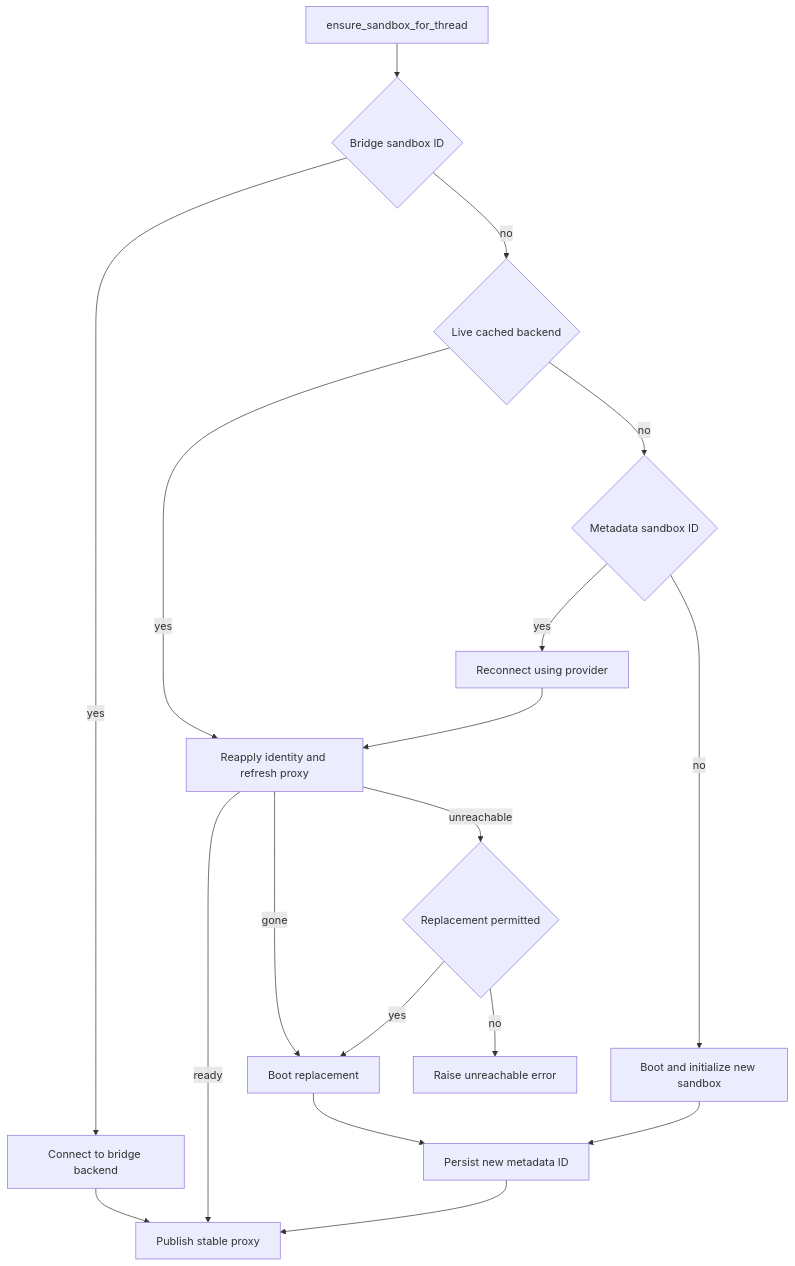
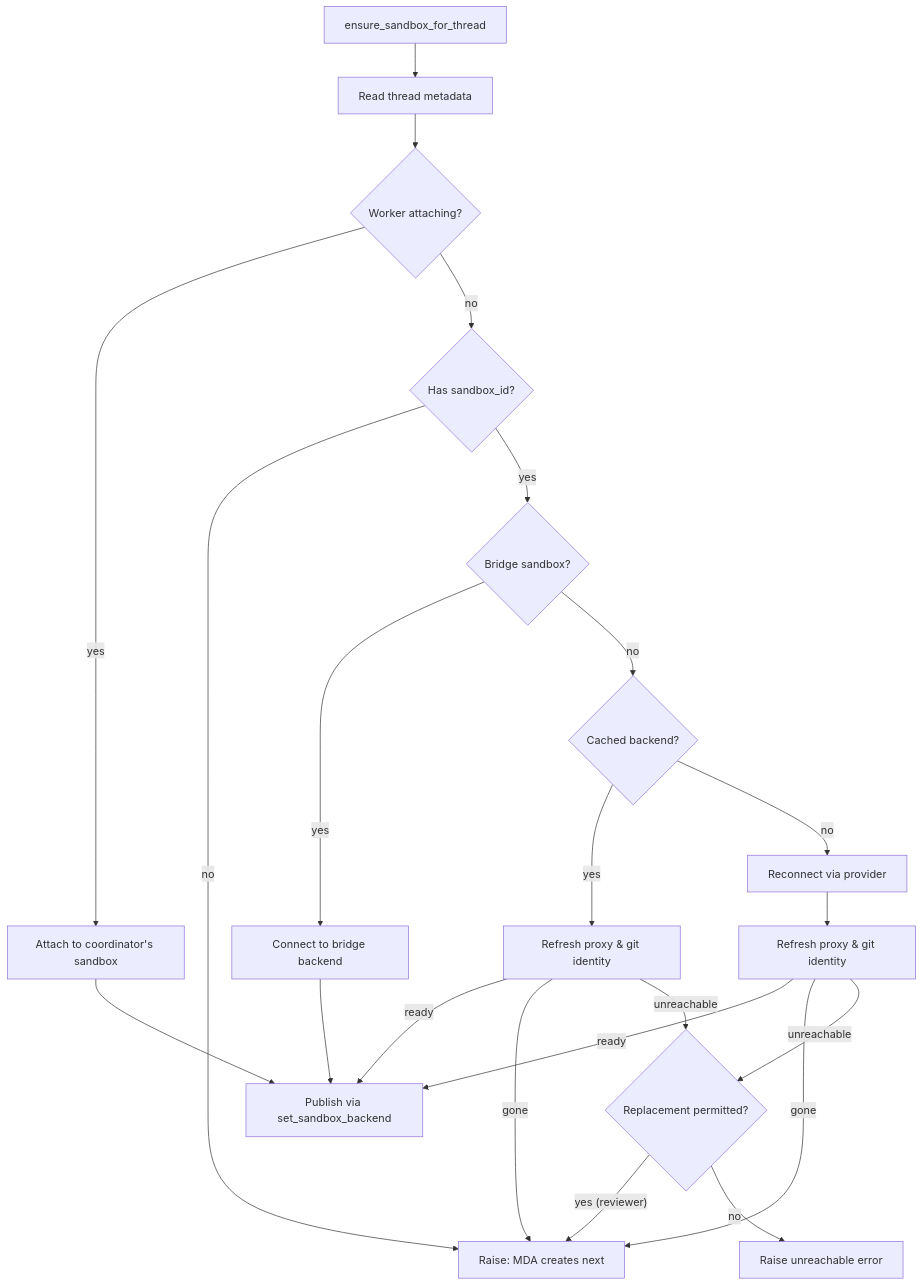
Before and after one commit to aeteq/open-swe: the diagram in openwiki/architecture/sandbox-lifecycle.md, drawn with Mermaid. The commit also changed other lines of this file and 48 other files, not shown here.

````diff
--- a/openwiki/architecture/sandbox-lifecycle.md
+++ b/openwiki/architecture/sandbox-lifecycle.md
@@ -59,20 +59,25 @@
 ```mermaid
 flowchart TD
-  Start["ensure_sandbox_for_thread"] --> CheckBridge{"Bridge sandbox ID"}
+  Start["ensure_sandbox_for_thread"] --> Metadata["Read thread metadata"]
+  Metadata --> CheckTask{"Worker attaching?"}
+  CheckTask -->|"yes"| AttachCoordinator["Attach to coordinator's sandbox"]
+  CheckTask -->|"no"| CheckID{"Has sandbox_id?"}
+  CheckID -->|"no"| HandToMDA["Raise: MDA creates next"]
+  CheckID -->|"yes"| CheckBridge{"Bridge sandbox?"}
   CheckBridge -->|"yes"| ConnectBridge["Connect to bridge backend"]
-  CheckBridge -->|"no"| Cached{"Live cached backend"}
-  Cached -->|"yes"| Refresh["Reapply identity and refresh proxy"]
-  Cached -->|"no"| Bound{"Metadata sandbox ID"}
-  Bound -->|"yes"| Reconnect["Reconnect using provider"]
-  Bound -->|"no"| Create["Boot and initialize new sandbox"]
-  Reconnect --> Refresh
-  Refresh -->|"ready"| Publish
-  Refresh -->|"gone"| Replace["Boot replacement"]
-  Refresh -->|"unreachable"| Permit{"Replacement permitted"}
-  Permit -->|"yes"| Replace
+  CheckBridge -->|"no"| Cached{"Cached backend?"}
+  Cached -->|"yes"| RefreshProxyCached["Refresh proxy & git identity"]
+  Cached -->|"no"| Reconnect["Reconnect via provider"]
+  Reconnect --> RefreshProxyRecon["Refresh proxy & git identity"]
+  RefreshProxyCached -->|"ready"| Publish
+  RefreshProxyRecon -->|"ready"| Publish
+  RefreshProxyCached -->|"gone"| HandToMDA
+  RefreshProxyRecon -->|"gone"| HandToMDA
+  RefreshProxyCached -->|"unreachable"| Permit{"Replacement permitted?"}
+  RefreshProxyRecon -->|"unreachable"| Permit
+  Permit -->|"yes (reviewer)"| HandToMDA
   Permit -->|"no"| Fail["Raise unreachable error"]
-  Create --> Bind["Persist new metadata ID"]
-  Replace --> Bind
-  Bind --> Publish["Publish stable proxy"]
+  AttachCoordinator --> Publish
   ConnectBridge --> Publish
+  Publish["Publish via set_sandbox_backend"]
 ```
````
